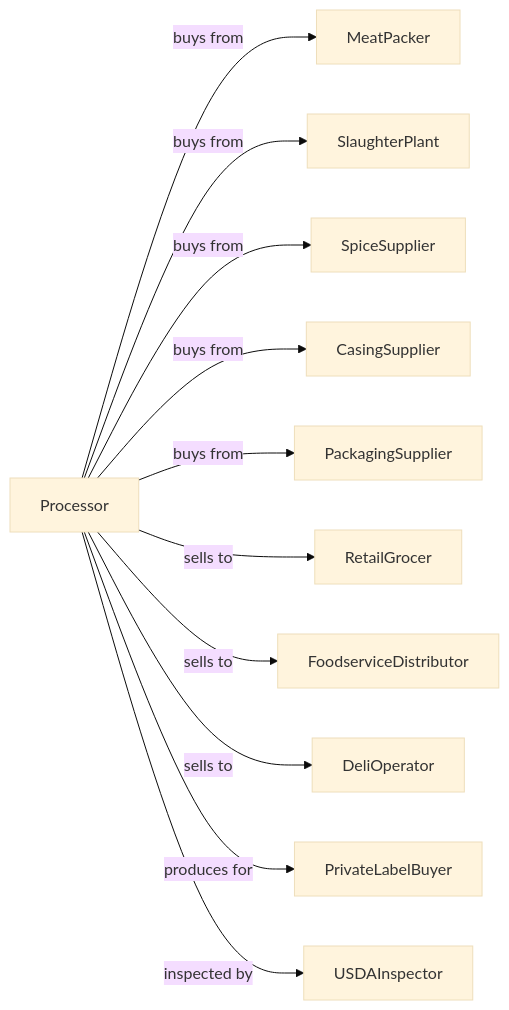
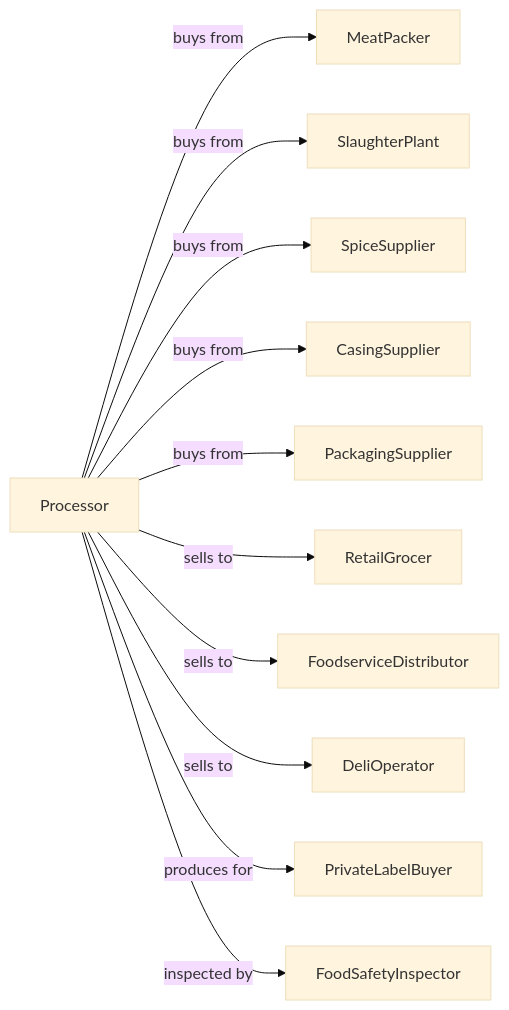
One commit to dot-org-ai/industries.org.ai changed the second of 2 diagrams in Manufacturing/FoodManufacturing/AnimalSlaughteringAndProcessing/MeatProcessedFromCarcasses.mdx. Above: the diagram before and after it, drawn with Mermaid (base theme). The commit also changed other lines of this file and 639 other files, not shown here.

````diff
--- a/Manufacturing/FoodManufacturing/AnimalSlaughteringAndProcessing/MeatProcessedFromCarcasses.mdx
+++ b/Manufacturing/FoodManufacturing/AnimalSlaughteringAndProcessing/MeatProcessedFromCarcasses.mdx
@@ -148,15 +148,15 @@
 ```mermaid
 graph LR
     P[Processor]
 
     P -->|buys from| MeatPacker
     P -->|buys from| SlaughterPlant
     P -->|buys from| SpiceSupplier
     P -->|buys from| CasingSupplier
     P -->|buys from| PackagingSupplier
     P -->|sells to| RetailGrocer
     P -->|sells to| FoodserviceDistributor
     P -->|sells to| DeliOperator
     P -->|produces for| PrivateLabelBuyer
-    P -->|inspected by| USDAInspector
+    P -->|inspected by| FoodSafetyInspector
 ```
````
